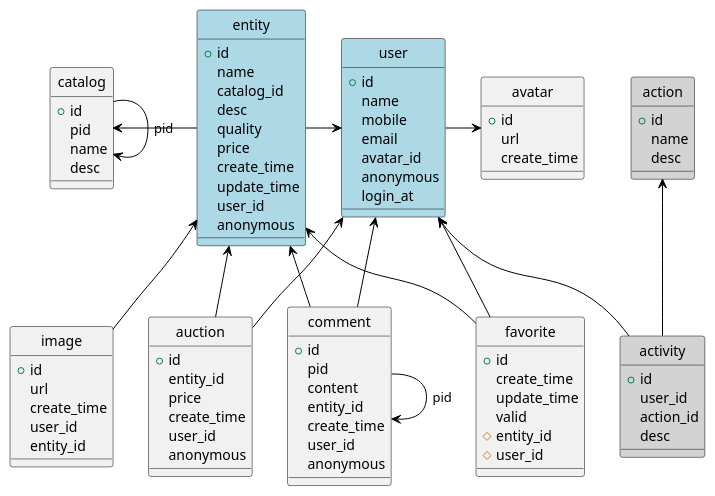
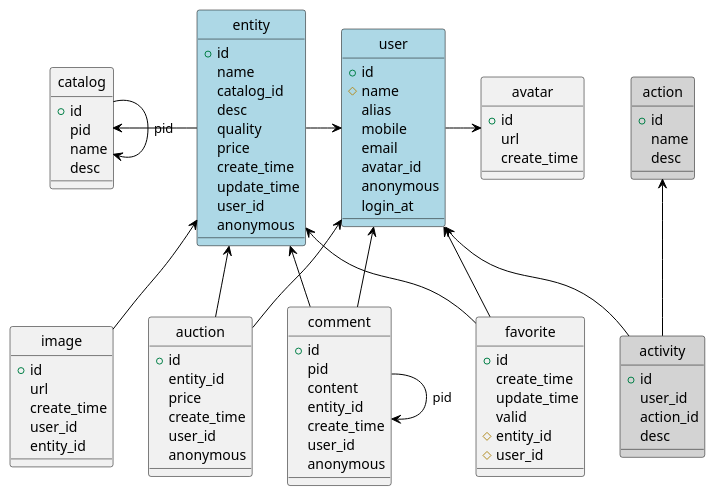
Before and after one commit to neo-nie/flea-market: the diagram in private/db/flea-model.puml, drawn with PlantUML. The commit also changed 3 other files, not shown here.

```diff
--- a/private/db/flea-model.puml
+++ b/private/db/flea-model.puml
@@ -1,115 +1,116 @@
 @startuml
 
 'skinparam monochrome true
 'skinparam classBackgroundColor White
 skinparam classArrowColor Black
 skinparam classBorderColor Black
 skinparam stereotypeCBackgroundColor Gray
 'hide members
 hide circle
 
 class user #LightBlue {
     +id      
-    name       
+    #name   
+    alias    
     mobile      
     email        
     avatar_id   
     anonymous   
     login_at    
 }
 
 class avatar {
     +id
     url
     create_time
 }
 
 class catalog {
     +id
     pid
     name
     desc
 }
 
 class entity #LightBlue {
     +id
     name
     catalog_id
     desc
     quality
     price
     create_time
     update_time
     user_id
     anonymous
 }
 
 class favorite {
     +id
     create_time
     update_time
     valid
     #entity_id
     #user_id
 }
 
 class comment {
     +id
     pid
     content
     entity_id
     create_time
     user_id
     anonymous
 }
 
 class auction {
     +id
     entity_id
     price
     create_time
     user_id
     anonymous
 }
 
 class image {
     +id
     url
     create_time
     user_id
     entity_id
 }
 
 class action #LightGray {
     +id
     name
     desc
 }
 
 class activity #LightGray {
     +id
     user_id
     action_id
     desc
 }
 
 user -r-> avatar
 entity -l-> catalog
 entity -r-> user
 catalog --> catalog : pid
 
 image -u-> entity
 favorite -u-> user
 favorite -u-> entity
 
 comment -u-> user
 comment -u-> entity
 comment --> comment : pid
 
 auction -u-> user
 auction -u-> entity
 
 activity -u-> action
 activity -u-> user
 
 @enduml
```
